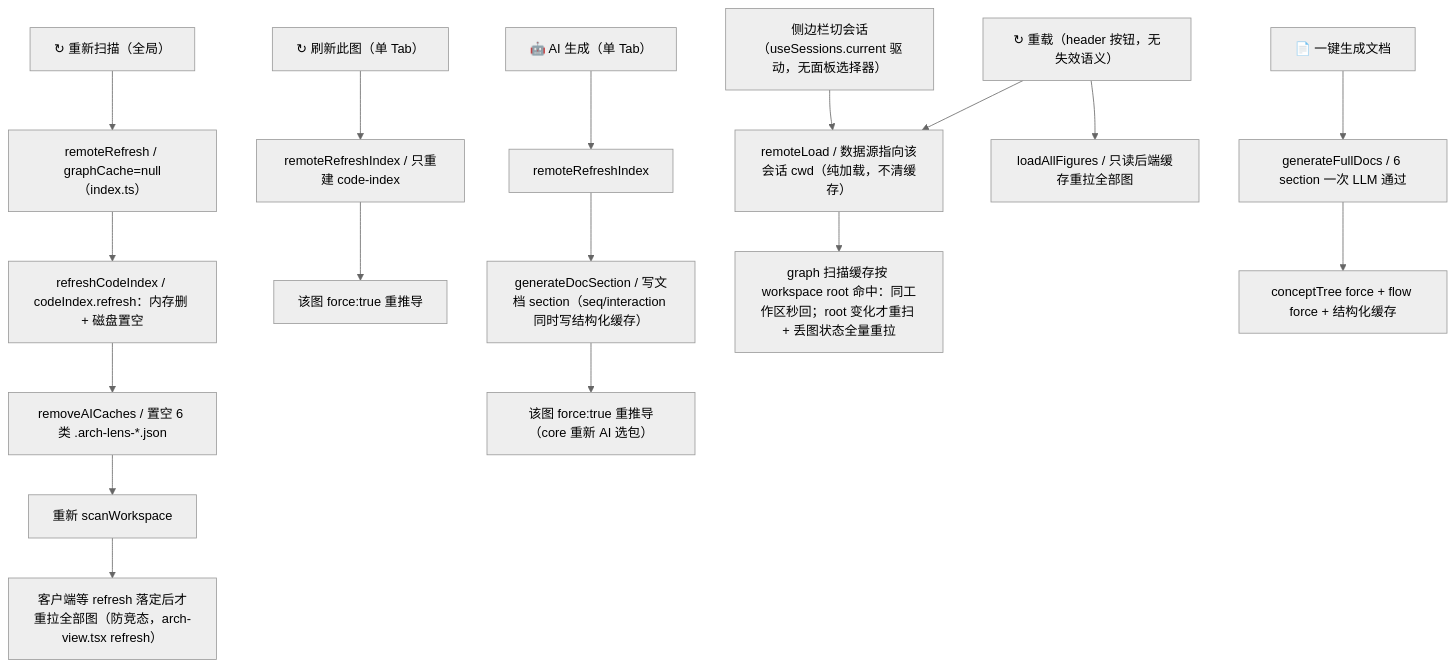
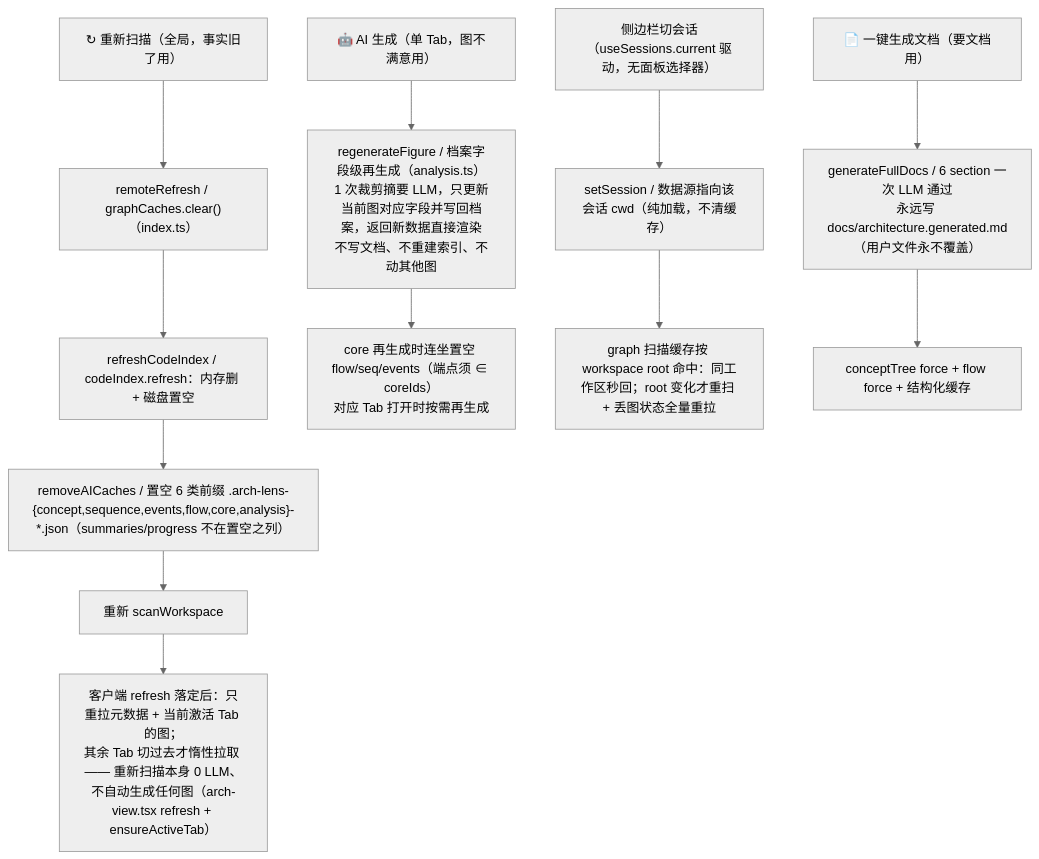
The eighth of 13 diagrams in docs/arch-lens-diagrams.md (gwj001/arch-lens), drawn with Mermaid (neutral theme) before and after one commit. The commit also changed other lines of this file and 113 other files, not shown here.

First line of the commit message:
feat: dual-angle flow, abort button, thinking chain, method-syntax repair, graph disk cache

````diff
--- a/docs/arch-lens-diagrams.md
+++ b/docs/arch-lens-diagrams.md
@@ -157,19 +369,14 @@
 ```mermaid
 flowchart TD
-    RESCAN["↻ 重新扫描（全局）"] --> B1["remoteRefresh / graphCache=null（index.ts）"]
+    RESCAN["↻ 重新扫描（全局，事实旧了用）"] --> B1["remoteRefresh / graphCaches.clear()（index.ts）"]
     B1 --> B2["refreshCodeIndex / codeIndex.refresh：内存删 + 磁盘置空"]
-    B2 --> B3["removeAICaches / 置空 6 类 .arch-lens-*.json"]
+    B2 --> B3["removeAICaches / 置空 6 类前缀 .arch-lens-{concept,sequence,events,flow,core,analysis}-*.json（summaries/progress 不在置空之列）"]
     B3 --> B4["重新 scanWorkspace"]
-    B4 --> B5["客户端等 refresh 落定后才重拉全部图（防竞态，arch-view.tsx refresh）"]
-    REFRESHTAB["↻ 刷新此图（单 Tab）"] --> C1["remoteRefreshIndex / 只重建 code-index"]
-    C1 --> C2["该图 force:true 重推导"]
-    AIGEN["🤖 AI 生成（单 Tab）"] --> D1["remoteRefreshIndex"]
-    D1 --> D2["generateDocSection / 写文档 section（seq/interaction 同时写结构化缓存）"]
-    D2 --> D3["该图 force:true 重推导（core 重新 AI 选包）"]
-    FOLLOW["侧边栏切会话（useSessions.current 驱动，无面板选择器）"] --> E1["remoteLoad / 数据源指向该会话 cwd（纯加载，不清缓存）"]
+    B4 --> B5["客户端 refresh 落定后：只重拉元数据 + 当前激活 Tab 的图；<br/>其余 Tab 切过去才惰性拉取 —— 重新扫描本身 0 LLM、不自动生成任何图（arch-view.tsx refresh + ensureActiveTab）"]
+    AIGEN["🤖 AI 生成（单 Tab，图不满意用）"] --> D1["regenerateFigure / 档案字段级再生成（analysis.ts）<br/>1 次裁剪摘要 LLM，只更新当前图对应字段并写回档案，返回新数据直接渲染<br/>不写文档、不重建索引、不动其他图"]
+    D1 --> D2["core 再生成时连坐置空 flow/seq/events（端点须 ∈ coreIds）<br/>对应 Tab 打开时按需再生成"]
+    FOLLOW["侧边栏切会话（useSessions.current 驱动，无面板选择器）"] --> E1["setSession / 数据源指向该会话 cwd（纯加载，不清缓存）"]
     E1 --> E2["graph 扫描缓存按 workspace root 命中：同工作区秒回；root 变化才重扫 + 丢图状态全量重拉"]
-    RELOAD["↻ 重载（header 按钮，无失效语义）"] --> E1
-    RELOAD --> E3["loadAllFigures / 只读后端缓存重拉全部图"]
-    DOCS["📄 一键生成文档"] --> G1["generateFullDocs / 6 section 一次 LLM 通过"]
+    DOCS["📄 一键生成文档（要文档用）"] --> G1["generateFullDocs / 6 section 一次 LLM 通过<br/>永远写 docs/architecture.generated.md（用户文件永不覆盖）"]
     G1 --> G2["conceptTree force + flow force + 结构化缓存"]
 ```
````
